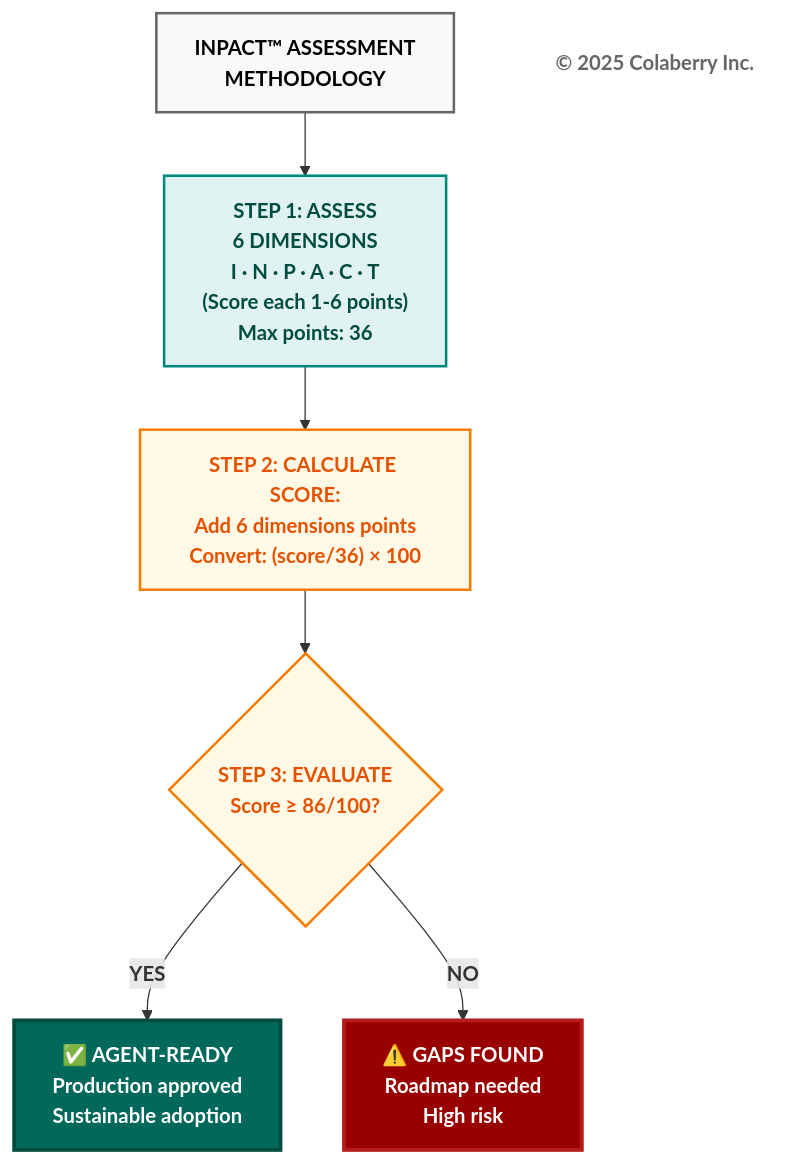
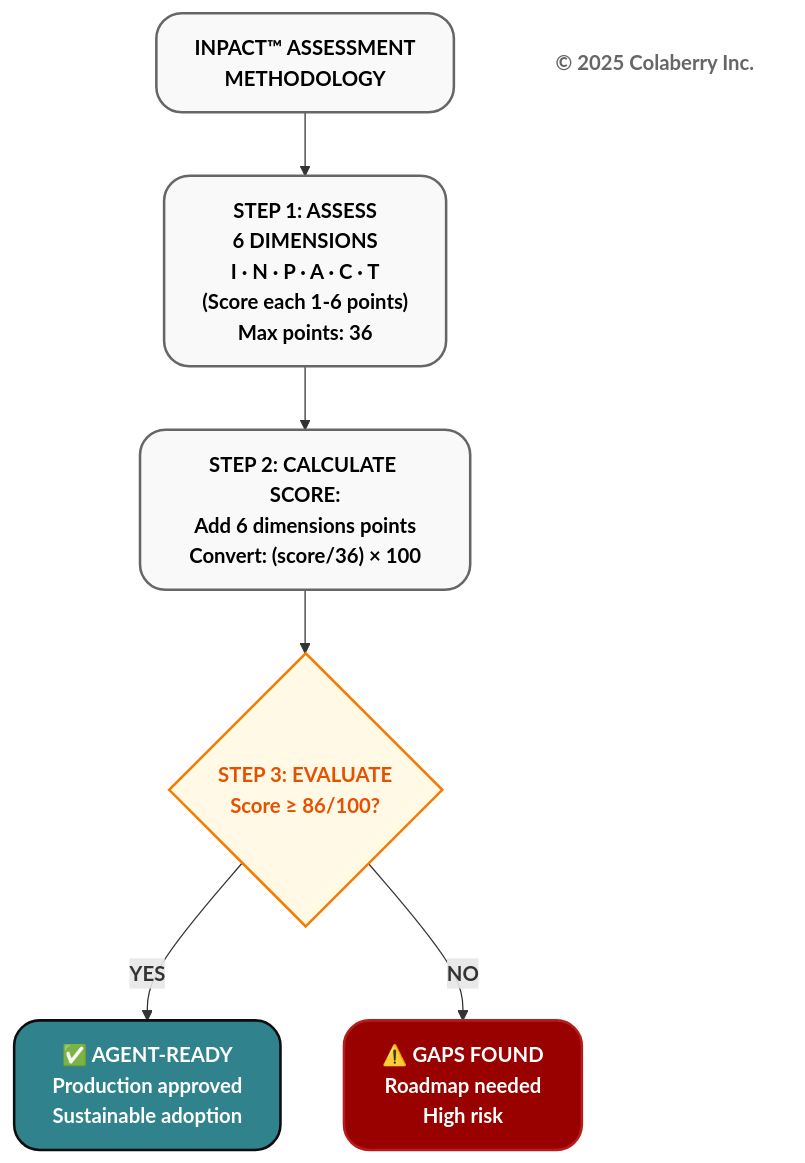
The fifth of 12 diagrams in manuscript/03_chapter_2_inpact_framework.md (saitejesh-cyber/trust-before-intelligence-book), drawn with Mermaid before and after one commit. The commit also changed other lines of this file, not shown here.

Commit message:
Chapter3: Updated mermaid diagrams based on new colaberry color code

````diff
--- a/manuscript/03_chapter_2_inpact_framework.md
+++ b/manuscript/03_chapter_2_inpact_framework.md
@@ -291,28 +300,41 @@
 ```mermaid
 graph TB
     TITLE["<b>INPACT™ ASSESSMENT<br/> METHODOLOGY</b>"]
     
     ASSESS["<b>STEP 1: ASSESS<br/> 6 DIMENSIONS</b><br/><b>I · N · P · A · C · T</b><br/><b>(Score each 1-6 points)</br>Max points: 36</b>"]
     
     CALC["<b>STEP 2: CALCULATE SCORE:</b><br/><b>Add 6 dimensions points</b><br/><b>Convert: (score/36) × 100</b>"]
     
     DECISION{"<b>STEP 3: EVALUATE</b><br/><b>Score ≥ 86/100?</b>"}
     
     READY["<b>✅ AGENT-READY</b><br/><b>Production approved</b><br/><b>Sustainable adoption</b>"]
     
     GAPS["<b>⚠️ GAPS FOUND</b><br/><b>Roadmap needed</b><br/><b>High risk</b>"]
     
     COPYRIGHT["<b>© 2025 Colaberry Inc.</b>"]
     
     TITLE --> ASSESS --> CALC --> DECISION
     DECISION -->|<b>YES</b>| READY
     DECISION -->|<b>NO</b>| GAPS
-    
-    style TITLE fill:#f9f9f9,stroke:#666666,stroke-width:2px,color:#000000
-    style ASSESS fill:#e0f2f1,stroke:#00897b,stroke-width:2px,color:#004d40
-    style CALC fill:#fff9e6,stroke:#f57c00,stroke-width:2px,color:#e65100
-    style DECISION fill:#fff9e6,stroke:#f57c00,stroke-width:2px,color:#e65100
-    style READY fill:#00695c,color:#ffffff,stroke:#004d40,stroke-width:3px
-    style GAPS fill:#990000,color:#ffffff,stroke:#b71c1c,stroke-width:3px
-    style COPYRIGHT fill:#ffffff,stroke:none,color:#666666
+
+    %% ⚪ TITLE — CONTEXT
+    style TITLE fill:#f9f9f9,stroke:#666666,stroke-width:2px,color:#000000,rx:20,ry:20
+
+    %% ⚪ STEP 1 — NEUTRAL (ASSESSMENT)
+    style ASSESS fill:#f9f9f9,stroke:#666666,stroke-width:2px,color:#000000,rx:20,ry:20
+
+    %% ⚪ STEP 2 — NEUTRAL (CALCULATION)
+    style CALC fill:#f9f9f9,stroke:#666666,stroke-width:2px,color:#000000,rx:20,ry:20
+
+    %% 🟠 STEP 3 — DECISION / PRESSURE
+    style DECISION fill:#fff9e6,stroke:#f57c00,stroke-width:2px,color:#e65100,rx:20,ry:20
+
+    %% 🟢 READY — TRUSTED OUTCOME
+    style READY fill:#30838C,stroke:#0D0D0D,stroke-width:2px,color:#ffffff,rx:20,ry:20
+
+    %% 🔴 GAPS — FAILURE / RISK
+    style GAPS fill:#990000,stroke:#b71c1c,stroke-width:2px,color:#ffffff,rx:20,ry:20
+
+    %% FOOTER
+    style COPYRIGHT fill:none,stroke:none,color:#666666
 ```
````
